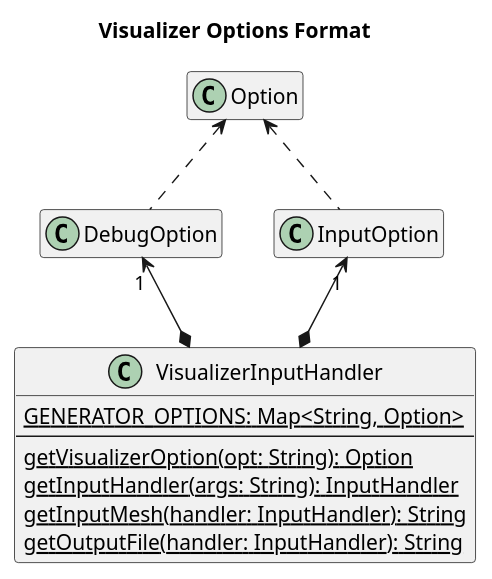
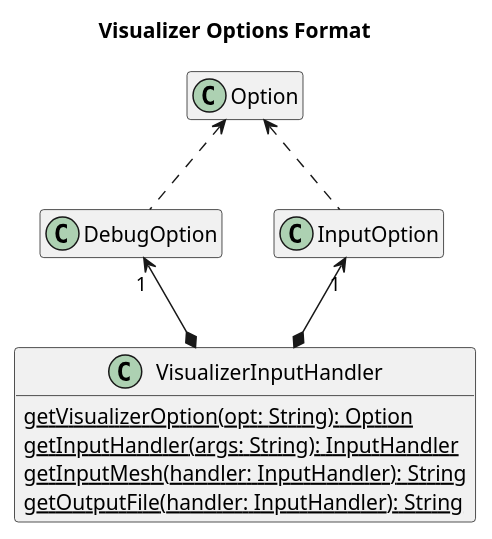
Before and after one commit to Sceptres/Island-Generator: the diagram in visualizer/src/main/puml/class_diag.puml, drawn with PlantUML. The commit also changed 2 other files, not shown here.

Commit message:
Fix up UML to remove references

```diff
--- a/visualizer/src/main/puml/class_diag.puml
+++ b/visualizer/src/main/puml/class_diag.puml
@@ -1,29 +1,27 @@
 @startuml
 
 hide empty members
 skinparam linetype polyline
 
 title "Visualizer Options Format"
 
 class Option {}
 
 class DebugOption{}
 class InputOption {}
 
 class VisualizerInputHandler {
-    {static} GENERATOR_OPTIONS: Map<String, Option>
-    ---
     {static} getVisualizerOption(opt: String): Option
     {static} getInputHandler(args: String): InputHandler
     {static} getInputMesh(handler: InputHandler): String
     {static} getOutputFile(handler: InputHandler): String
 }
 
 
 Option <-[dashed]- DebugOption
 Option <-[dashed]- InputOption
 
 DebugOption             "1" <--*        VisualizerInputHandler
 InputOption             "1" <--*        VisualizerInputHandler
 
 @enduml
```
